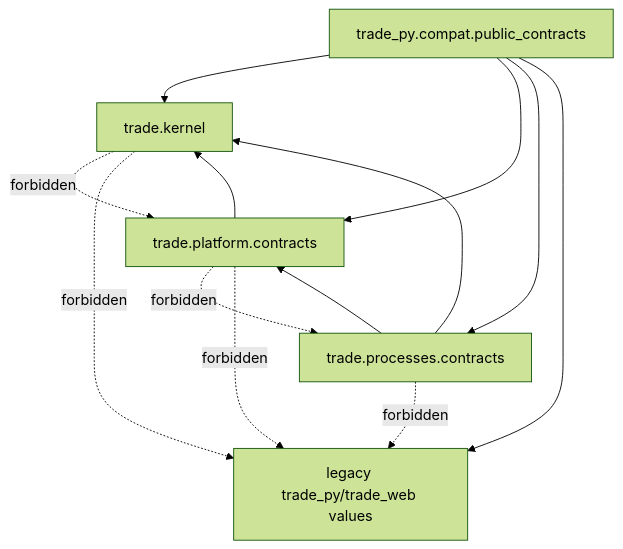
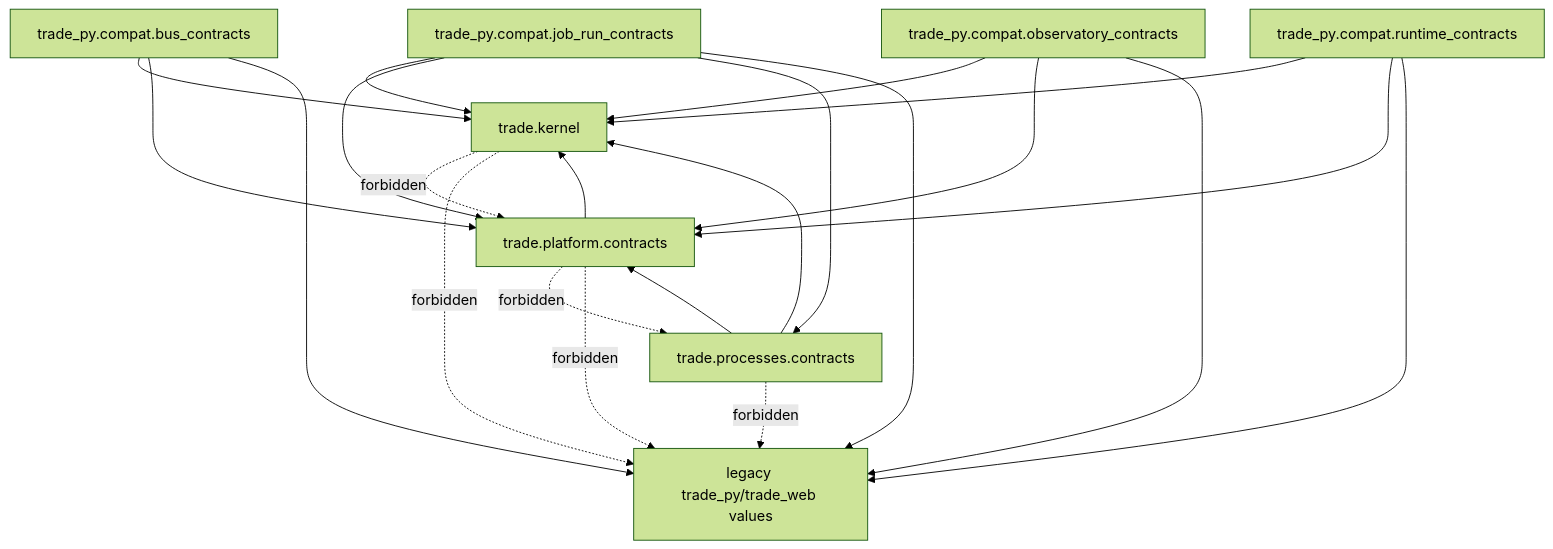
The second of 2 diagrams in openspec/changes/kernel-and-public-contracts/design.md (Hwloser/trade), drawn with Mermaid (forest theme) before and after one commit. The commit also changed other lines of this file and 7 other files, not shown here.

````diff
--- a/openspec/changes/kernel-and-public-contracts/design.md
+++ b/openspec/changes/kernel-and-public-contracts/design.md
@@ -497,22 +725,34 @@
 ```mermaid
 flowchart TD
   K[trade.kernel]
   PC[trade.platform.contracts]
   PRC[trade.processes.contracts]
-  LC[trade_py.compat.public_contracts]
+  BC[trade_py.compat.bus_contracts]
+  JC[trade_py.compat.job_run_contracts]
+  OC[trade_py.compat.observatory_contracts]
+  RC[trade_py.compat.runtime_contracts]
   LEG[legacy trade_py/trade_web values]
 
   PC --> K
   PRC --> K
   PRC --> PC
-  LC --> K
-  LC --> PC
-  LC --> PRC
-  LC --> LEG
+  BC --> K
+  BC --> PC
+  BC --> LEG
+  JC --> K
+  JC --> PC
+  JC --> PRC
+  JC --> LEG
+  OC --> K
+  OC --> PC
+  OC --> LEG
+  RC --> K
+  RC --> PC
+  RC --> LEG
 
   K -. forbidden .-> PC
   K -. forbidden .-> LEG
   PC -. forbidden .-> PRC
   PC -. forbidden .-> LEG
   PRC -. forbidden .-> LEG
 ```
````
